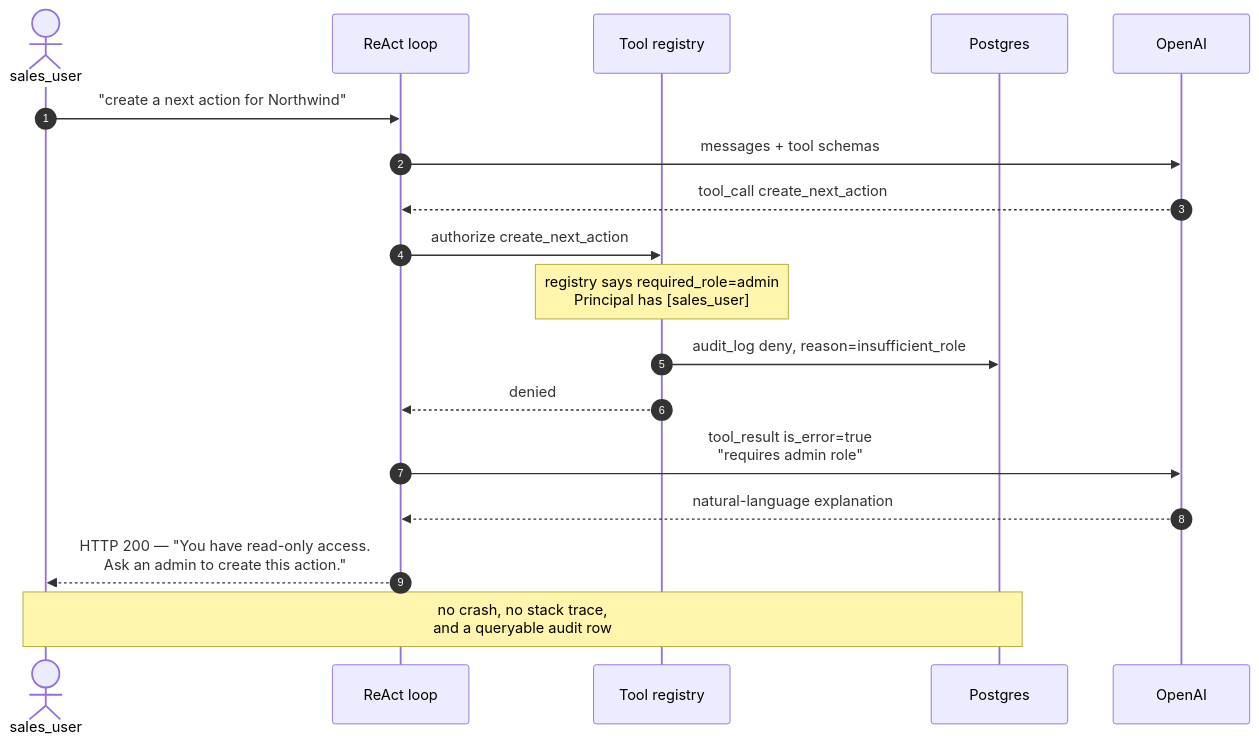
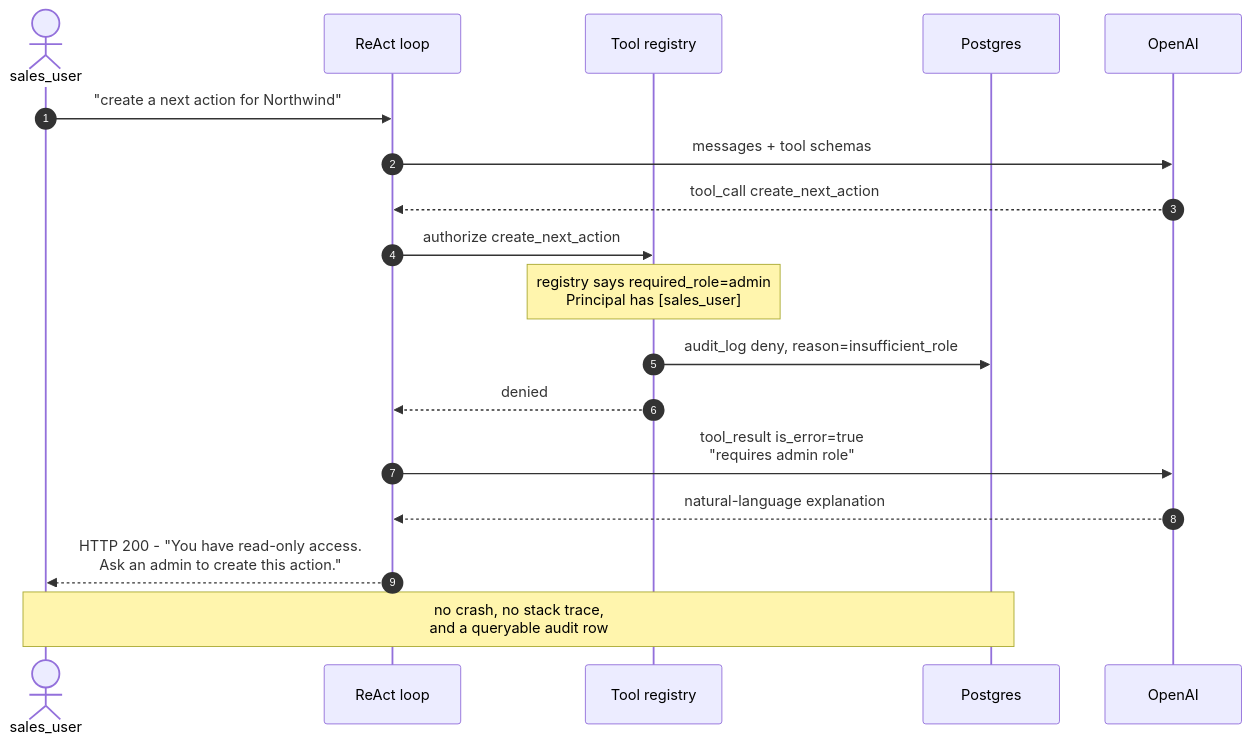
Before and after one commit to ronan498/acme-operations-assistant: the fourth of 5 diagrams in ARCHITECTURE.md, drawn with Mermaid. The commit also changed other lines of this file and 5 other files, not shown here.

````diff
--- a/ARCHITECTURE.md
+++ b/ARCHITECTURE.md
@@ -213,24 +212,24 @@
 ```mermaid
 sequenceDiagram
     autonumber
     actor U as sales_user
     participant AG as ReAct loop
     participant RG as Tool registry
     participant PG as Postgres
     participant AI as OpenAI
 
     U->>AG: "create a next action for Northwind"
     AG->>AI: messages + tool schemas
     AI-->>AG: tool_call create_next_action
 
     AG->>RG: authorize create_next_action
     Note over RG: registry says required_role=admin<br/>Principal has [sales_user]
     RG->>PG: audit_log deny, reason=insufficient_role
     RG-->>AG: denied
 
     AG->>AI: tool_result is_error=true<br/>"requires admin role"
     AI-->>AG: natural-language explanation
-    AG-->>U: HTTP 200 — "You have read-only access.<br/>Ask an admin to create this action."
+    AG-->>U: HTTP 200 - "You have read-only access.<br/>Ask an admin to create this action."
 
     Note over U,PG: no crash, no stack trace,<br/>and a queryable audit row
 ```
````
